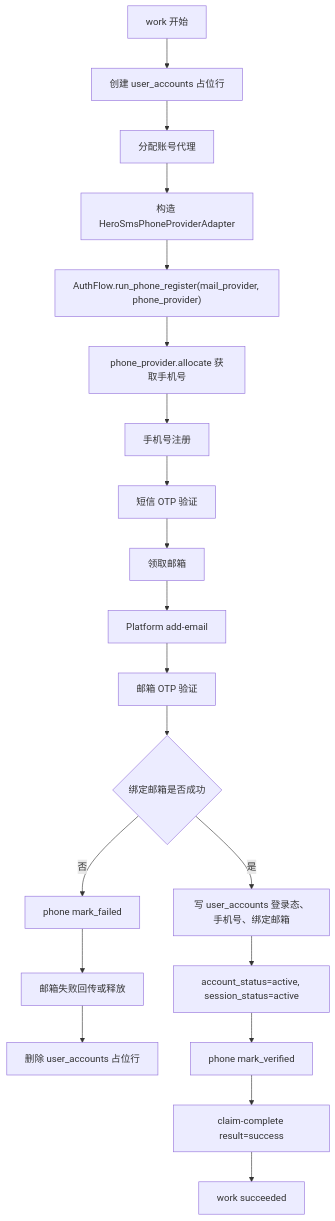
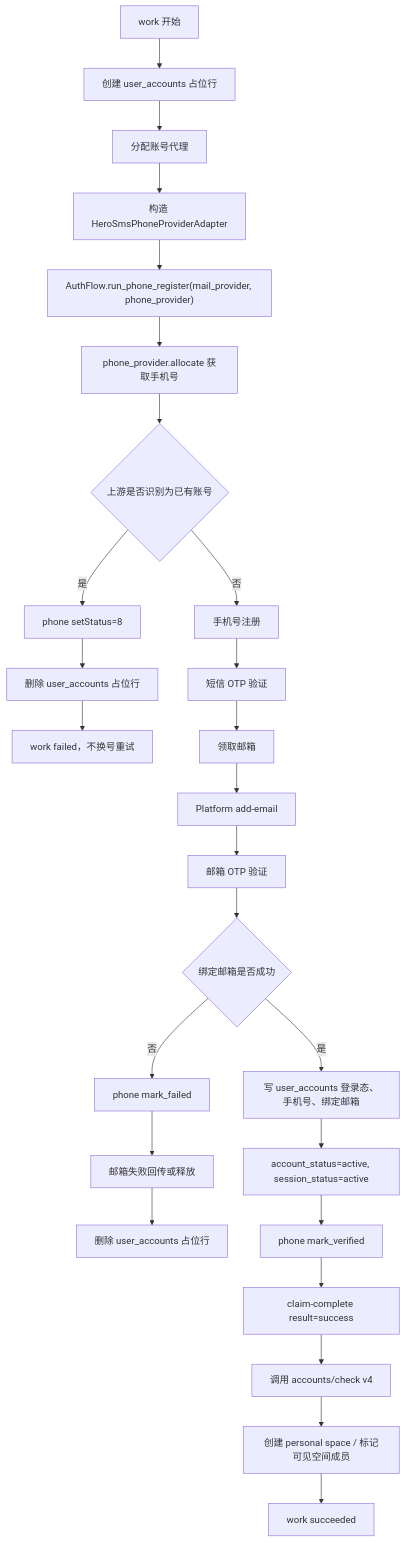
One commit to lvchaop/Gpt-Agreement-Payment changed the second of 2 diagrams in refactor-app/docs/19-protocol-account-registration-design.md. Above: the diagram before and after it, drawn with Mermaid. The commit also changed other lines of this file and 140 other files, not shown here.

````diff
--- a/refactor-app/docs/19-protocol-account-registration-design.md
+++ b/refactor-app/docs/19-protocol-account-registration-design.md
@@ -376,22 +398,28 @@
 ```mermaid
 flowchart TD
   A["work 开始"] --> B["创建 user_accounts 占位行"]
   B --> C["分配账号代理"]
   C --> D["构造 HeroSmsPhoneProviderAdapter"]
   D --> E["AuthFlow.run_phone_register(mail_provider, phone_provider)"]
   E --> F["phone_provider.allocate 获取手机号"]
-  F --> G["手机号注册"]
-  G --> H["短信 OTP 验证"]
+  F --> G{"上游是否识别为已有账号"}
+  G -- "是" --> W["phone setStatus=8"]
+  W --> X["删除 user_accounts 占位行"]
+  X --> Y["work failed，不换号重试"]
+  G -- "否" --> Z["手机号注册"]
+  Z --> H["短信 OTP 验证"]
   H --> I["领取邮箱"]
   I --> J["Platform add-email"]
   J --> K["邮箱 OTP 验证"]
   K --> L{"绑定邮箱是否成功"}
   L -- "否" --> M["phone mark_failed"]
   M --> N["邮箱失败回传或释放"]
   N --> O["删除 user_accounts 占位行"]
   L -- "是" --> P["写 user_accounts 登录态、手机号、绑定邮箱"]
   P --> Q["account_status=active, session_status=active"]
   Q --> R["phone mark_verified"]
   R --> S["claim-complete result=success"]
-  S --> T["work succeeded"]
+  S --> T["调用 accounts/check v4"]
+  T --> U["创建 personal space / 标记可见空间成员"]
+  U --> V["work succeeded"]
 ```
````
